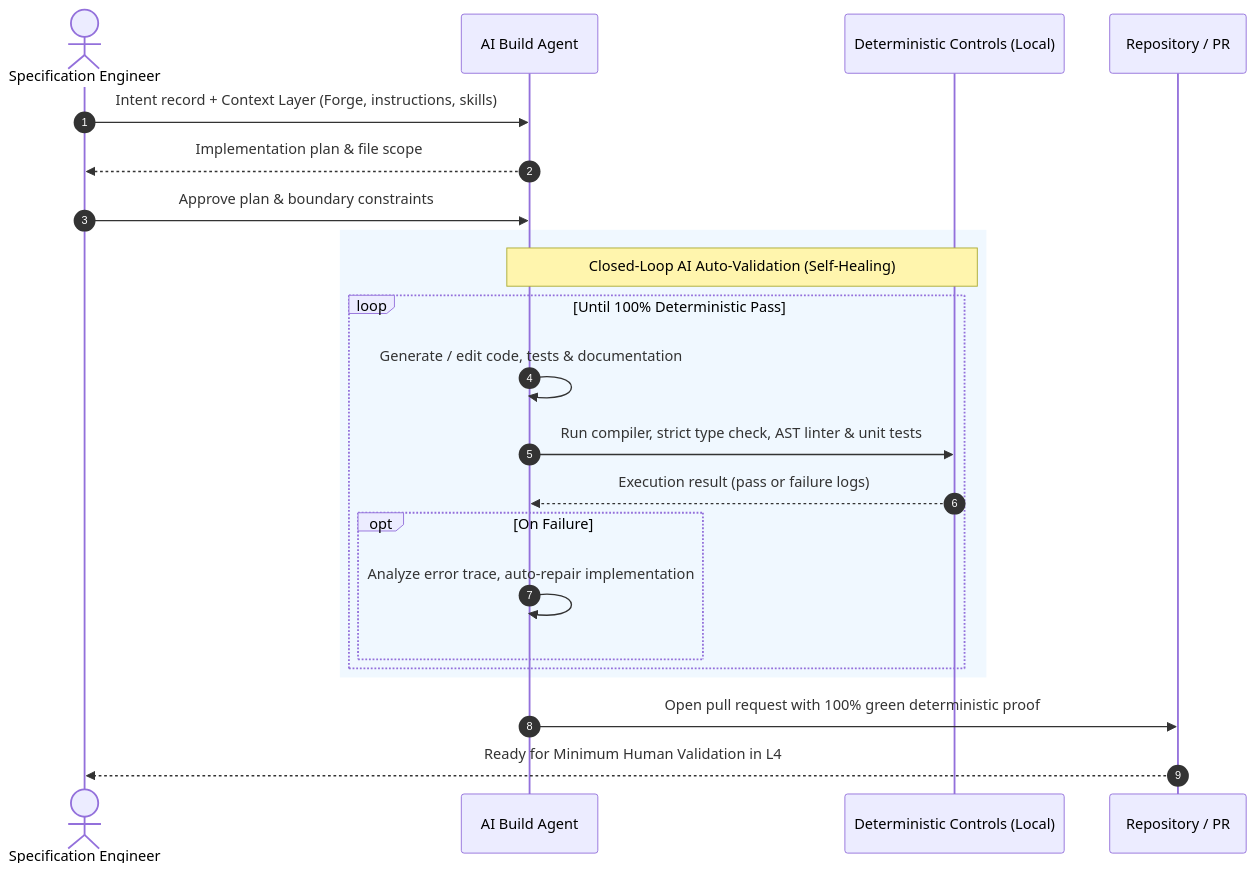
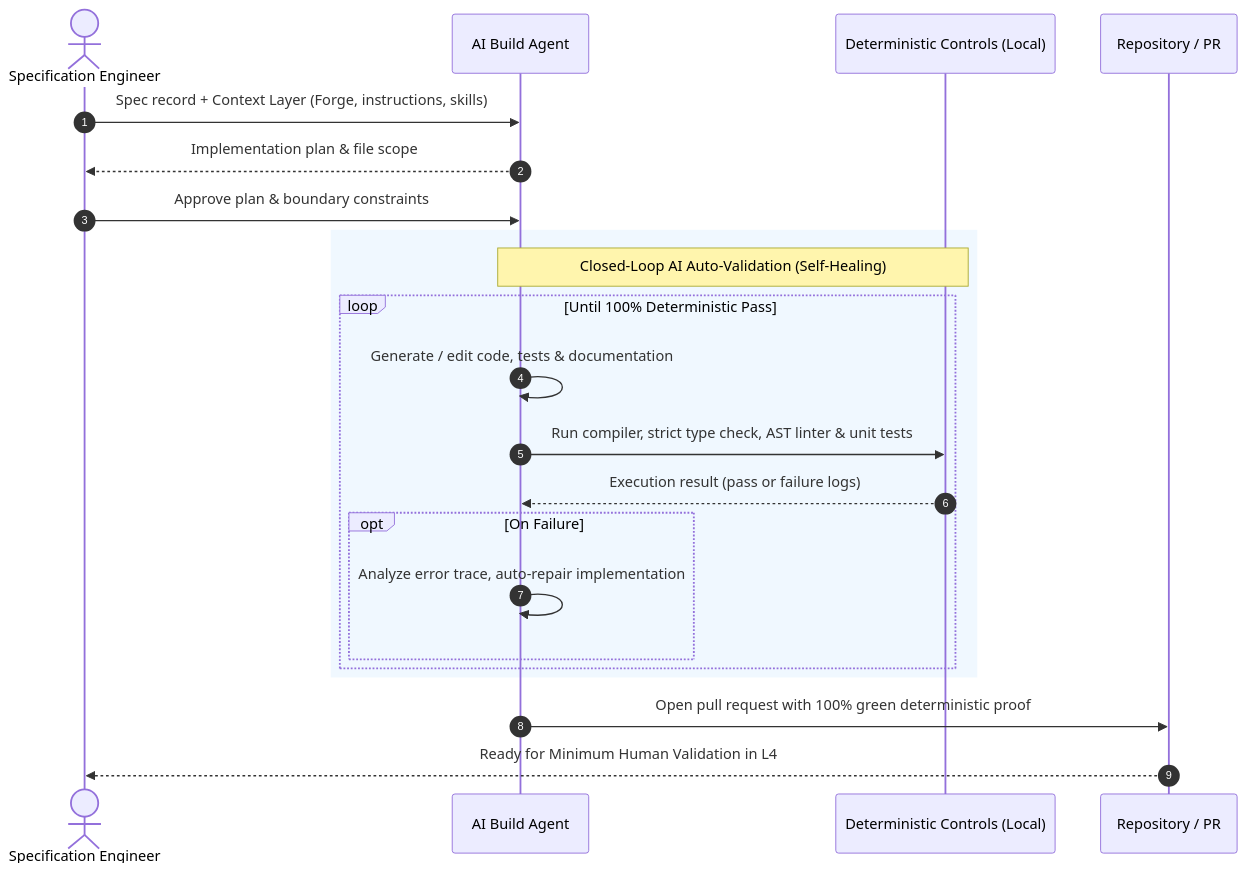
One commit to ALTEN-group/agentic-software-factory changed the diagram in website/docs/guide/layer-build.md. Above: the diagram before and after it, drawn with Mermaid. The commit also changed other lines of this file and 27 other files, not shown here.

````diff
--- a/website/docs/guide/layer-build.md
+++ b/website/docs/guide/layer-build.md
@@ -15,31 +15,31 @@
 ```mermaid
 ---
 caption: Autonomous Build loop with closed-loop self-healing
 ---
 
 sequenceDiagram
   autonumber
   actor e as Specification Engineer
   participant a as AI Build Agent
   participant dc as Deterministic Controls (Local)
   participant r as Repository / PR
 
-  e->>a: Intent record + Context Layer (Forge, instructions, skills)
+  e->>a: Spec record + Context Layer (Forge, instructions, skills)
   a-->>e: Implementation plan & file scope
   e->>a: Approve plan & boundary constraints
   
   rect rgb(240, 248, 255)
     Note over a,dc: Closed-Loop AI Auto-Validation (Self-Healing)
     loop Until 100% Deterministic Pass
       a->>a: Generate / edit code, tests & documentation
       a->>dc: Run compiler, strict type check, AST linter & unit tests
       dc-->>a: Execution result (pass or failure logs)
       opt On Failure
         a->>a: Analyze error trace, auto-repair implementation
       end
     end
   end
 
   a->>r: Open pull request with 100% green deterministic proof
   r-->>e: Ready for Minimum Human Validation in L4
 ```
````
